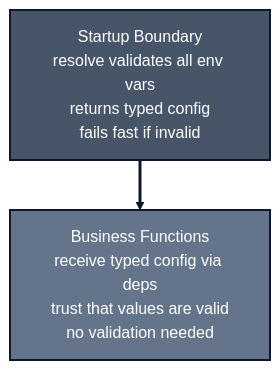
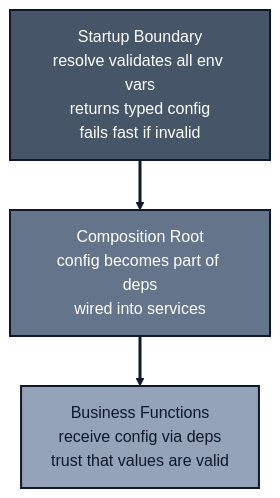
The diagram in src/content/docs/patterns/configuration.md (jagreehal/jagreehal-typescript-patterns), drawn with Mermaid before and after one commit. The commit also changed other lines of this file and 12 other files, not shown here.

````diff
--- a/src/content/docs/patterns/configuration.md
+++ b/src/content/docs/patterns/configuration.md
@@ -113,9 +113,11 @@
 ```mermaid
 graph TD
-    A[Startup Boundary<br/>resolve validates all env vars<br/>returns typed config<br/>fails fast if invalid] --> B[Business Functions<br/>receive typed config via deps<br/>trust that values are valid<br/>no validation needed]
-    
+    A[Startup Boundary<br/>resolve validates all env vars<br/>returns typed config<br/>fails fast if invalid] --> B[Composition Root<br/>config becomes part of deps<br/>wired into services] --> C[Business Functions<br/>receive config via deps<br/>trust that values are valid]
+
     style A fill:#475569,stroke:#0f172a,stroke-width:2px,color:#fff
     style B fill:#64748b,stroke:#0f172a,stroke-width:2px,color:#fff
-    
+    style C fill:#94a3b8,stroke:#0f172a,stroke-width:2px,color:#0f172a
+
     linkStyle 0 stroke:#0f172a,stroke-width:3px
+    linkStyle 1 stroke:#0f172a,stroke-width:3px
 ```
````
